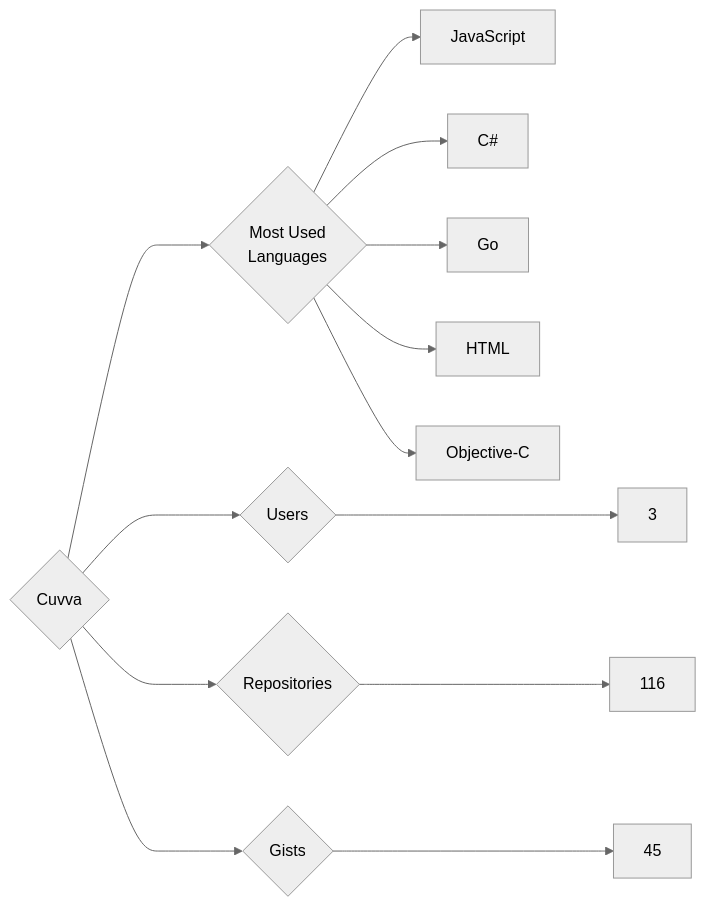
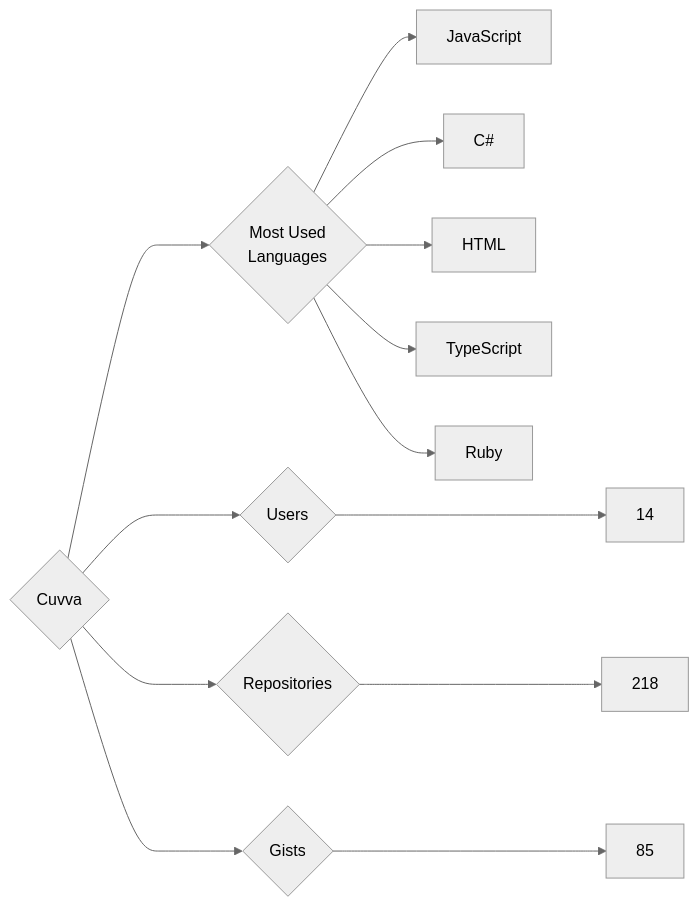
Before and after one commit to trickest/insiders: the diagram in targets/Cuvva/README.md, drawn with Mermaid (neutral theme). The commit also changed 932 other files, not shown here.

````diff
--- a/targets/Cuvva/README.md
+++ b/targets/Cuvva/README.md
@@ -3,13 +3,13 @@
 ```mermaid
 graph LR
 COMPANY_NAME{Cuvva}
-COMPANY_NAME ---> U{Users} ---> UN[3]
-COMPANY_NAME ---> R{Repositories} ---> RN[116]
-COMPANY_NAME ---> G{Gists} ---> GN[45]
+COMPANY_NAME ---> U{Users} ---> UN[14]
+COMPANY_NAME ---> R{Repositories} ---> RN[218]
+COMPANY_NAME ---> G{Gists} ---> GN[85]
 COMPANY_NAME ---> ML{Most Used<br>Languages}
 ML --> JavaScript[JavaScript]
 ML --> C#[C#]
-ML --> Go[Go]
 ML --> HTML[HTML]
-ML --> Objective-C[Objective-C]
+ML --> TypeScript[TypeScript]
+ML --> Ruby[Ruby]
 ```
````
